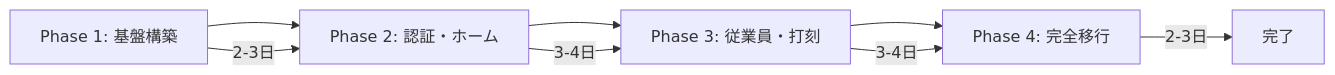
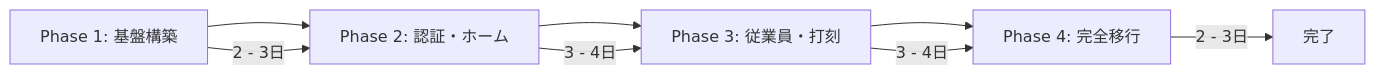
Before and after one commit to kouki-sakata/portfolio: the second of 4 diagrams in .kiro/specs/frontend-modernization/design.md, drawn with Mermaid. The commit also changed other lines of this file and 10 other files, not shown here.

````diff
--- a/.kiro/specs/frontend-modernization/design.md
+++ b/.kiro/specs/frontend-modernization/design.md
@@ -75,11 +79,10 @@
 ```mermaid
 graph LR
     P1["Phase 1: 基盤構築"] --> P2["Phase 2: 認証・ホーム"]
     P2 --> P3["Phase 3: 従業員・打刻"]
     P3 --> P4["Phase 4: 完全移行"]
-
-    P1 --> |2-3日| P2
-    P2 --> |3-4日| P3
-    P3 --> |3-4日| P4
-    P4 --> |2-3日| 完了
+    P1 -->|2 - 3日| P2
+    P2 -->|3 - 4日| P3
+    P3 -->|3 - 4日| P4
+    P4 -->|2 - 3日| 完了
 ```
````
